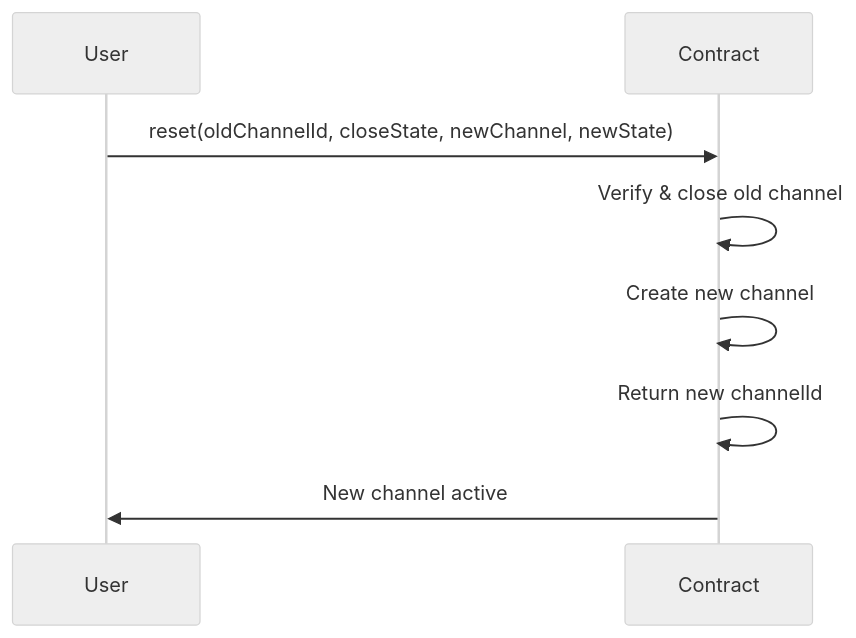
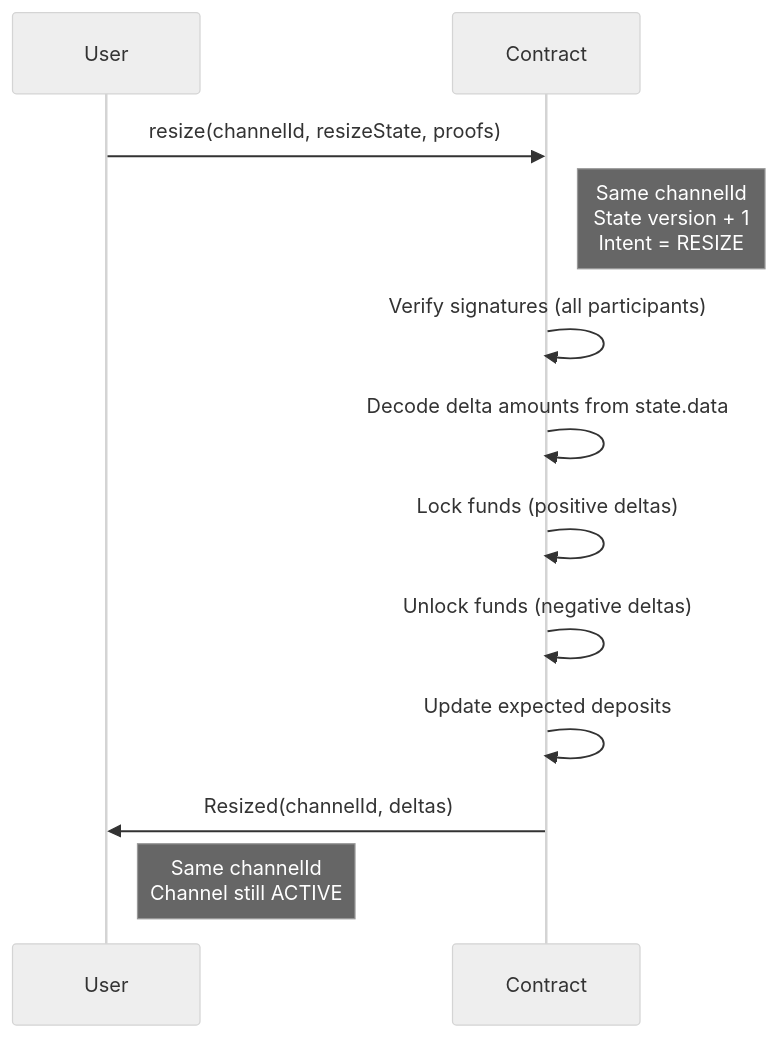
Before and after one commit to layer-3/docs: the eighth of 9 diagrams in docs/protocol/on-chain/channel-lifecycle.mdx, drawn with Mermaid (neutral theme). The commit also changed other lines of this file and 15 other files, not shown here.

````diff
--- a/docs/protocol/on-chain/channel-lifecycle.mdx
+++ b/docs/protocol/on-chain/channel-lifecycle.mdx
@@ -290,11 +312,15 @@
 ```mermaid
 sequenceDiagram
     participant User
     participant Contract
     
-    User->>Contract: reset(oldChannelId, closeState, newChannel, newState)
-    Contract->>Contract: Verify & close old channel
-    Contract->>Contract: Create new channel
-    Contract->>Contract: Return new channelId
-    Contract->>User: New channel active
+    User->>Contract: resize(channelId, resizeState, proofs)
+    Note right of Contract: Same channelId<br/>State version + 1<br/>Intent = RESIZE
+    Contract->>Contract: Verify signatures (all participants)
+    Contract->>Contract: Decode delta amounts from state.data
+    Contract->>Contract: Lock funds (positive deltas)
+    Contract->>Contract: Unlock funds (negative deltas)
+    Contract->>Contract: Update expected deposits
+    Contract->>User: Resized(channelId, deltas)
+    Note right of User: Same channelId<br/>Channel still ACTIVE
 ```
````
